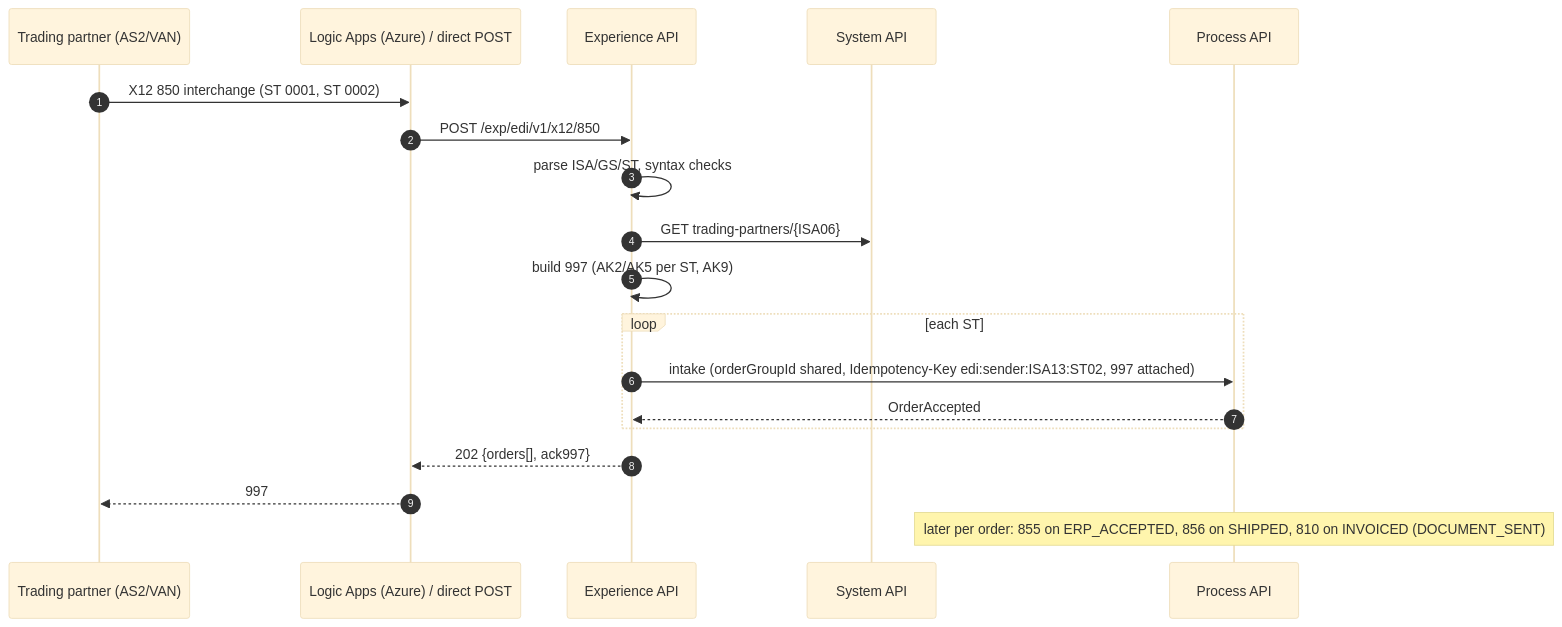
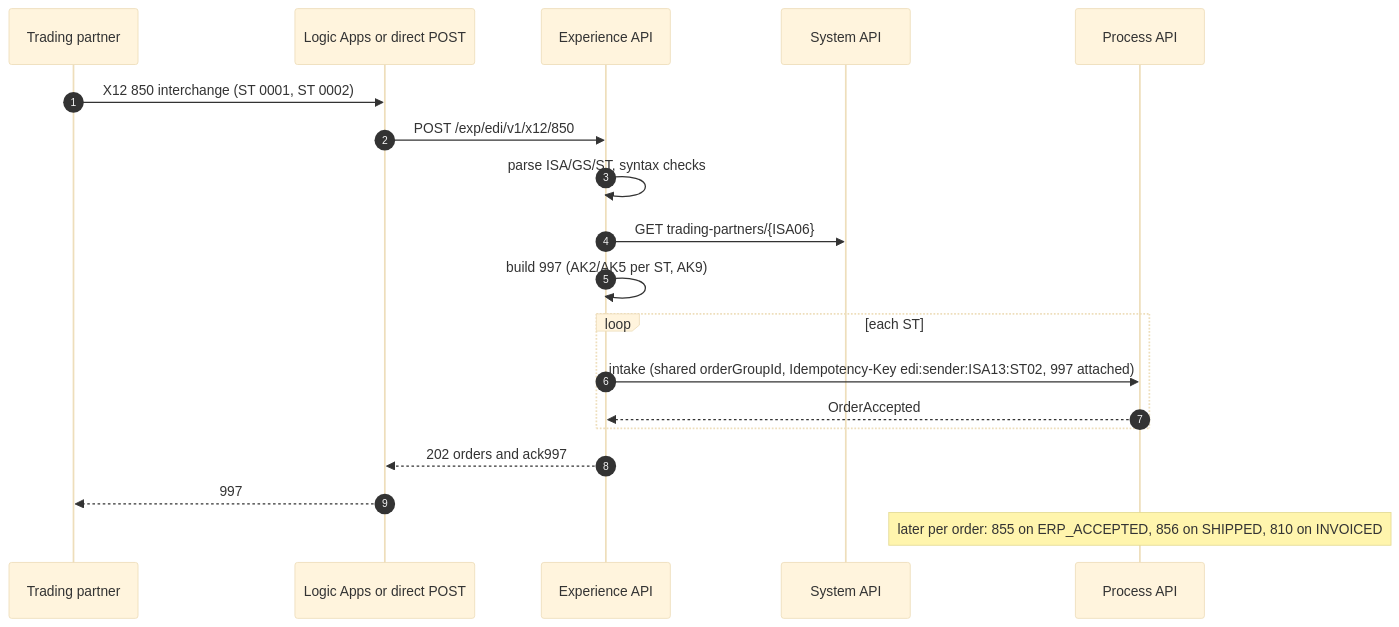
Before and after one commit to amitagrawal09/tf-data-product-so: the fifth of 9 diagrams in docs/02-technical-design.md, drawn with Mermaid (base theme). The commit also changed other lines of this file, not shown here.

First line of the commit message:
Technical specification v2.0: regional operations, sourcing, marketplace, governance, one-click Azure deployment

````diff
--- a/docs/02-technical-design.md
+++ b/docs/02-technical-design.md
@@ -785,21 +990,21 @@
 ```mermaid
 sequenceDiagram
   autonumber
-  participant TP as Trading partner (AS2/VAN)
-  participant LA as Logic Apps (Azure) / direct POST
+  participant TP as Trading partner
+  participant LA as Logic Apps or direct POST
   participant E as Experience API
   participant S as System API
   participant P as Process API
   TP->>LA: X12 850 interchange (ST 0001, ST 0002)
   LA->>E: POST /exp/edi/v1/x12/850
   E->>E: parse ISA/GS/ST, syntax checks
   E->>S: GET trading-partners/{ISA06}
   E->>E: build 997 (AK2/AK5 per ST, AK9)
   loop each ST
-    E->>P: intake (orderGroupId shared, Idempotency-Key edi:sender:ISA13:ST02, 997 attached)
+    E->>P: intake (shared orderGroupId, Idempotency-Key edi:sender:ISA13:ST02, 997 attached)
     P-->>E: OrderAccepted
   end
-  E-->>LA: 202 {orders[], ack997}
+  E-->>LA: 202 orders and ack997
   LA-->>TP: 997
-  Note over P: later per order: 855 on ERP_ACCEPTED, 856 on SHIPPED, 810 on INVOICED (DOCUMENT_SENT)
+  Note over P: later per order: 855 on ERP_ACCEPTED, 856 on SHIPPED, 810 on INVOICED
 ```
````
